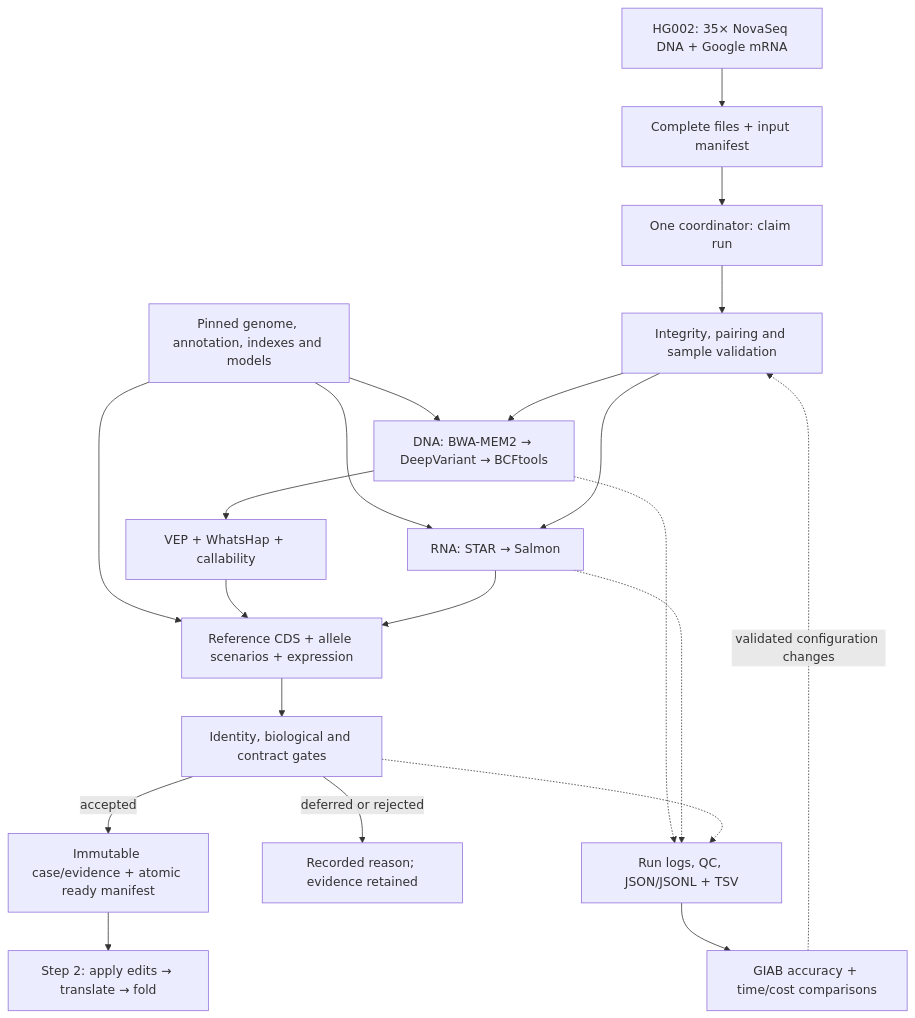
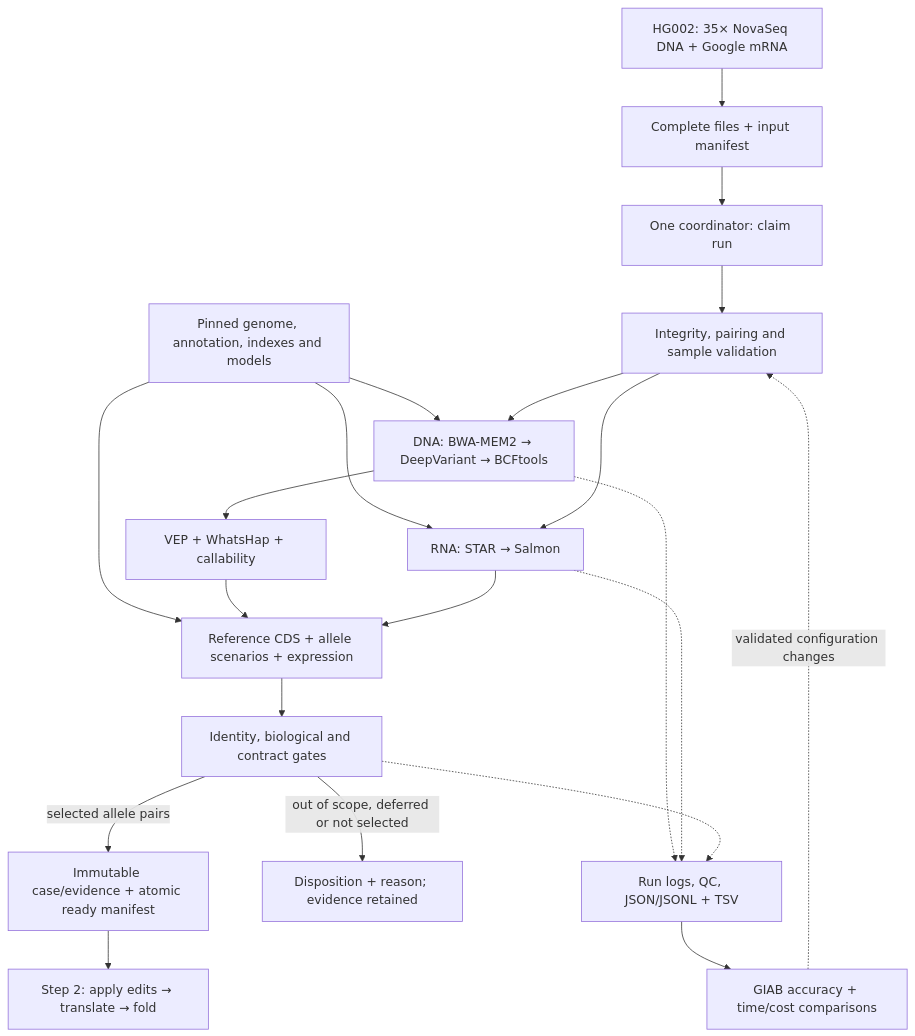
Before and after one commit to bmwoolf/bespoke-bio: the diagram in docs/stage-one.md, drawn with Mermaid. The commit also changed other lines of this file, not shown here.

````diff
--- a/docs/stage-one.md
+++ b/docs/stage-one.md
@@ -415,23 +494,23 @@
 ```mermaid
 flowchart TD
     S["HG002: 35× NovaSeq DNA + Google mRNA"] --> I["Complete files + input manifest"]
     I --> C0["One coordinator: claim run"]
     C0 --> V["Integrity, pairing and sample validation"]
     REF["Pinned genome, annotation, indexes and models"] --> D
     REF --> R
     REF --> C
     V --> D["DNA: BWA-MEM2 → DeepVariant → BCFtools"]
     V --> R["RNA: STAR → Salmon"]
     D --> E["VEP + WhatsHap + callability"]
     E --> C["Reference CDS + allele scenarios + expression"]
     R --> C
     C --> G["Identity, biological and contract gates"]
-    G -->|accepted| H["Immutable case/evidence + atomic ready manifest"]
-    G -->|deferred or rejected| X["Recorded reason; evidence retained"]
+    G -->|selected allele pairs| H["Immutable case/evidence + atomic ready manifest"]
+    G -->|out of scope, deferred or not selected| X["Disposition + reason; evidence retained"]
     H --> B["Step 2: apply edits → translate → fold"]
     D -.-> T["Run logs, QC, JSON/JSONL + TSV"]
     R -.-> T
     G -.-> T
     T --> Q["GIAB accuracy + time/cost comparisons"]
     Q -.->|validated configuration changes| V
 ```
````
